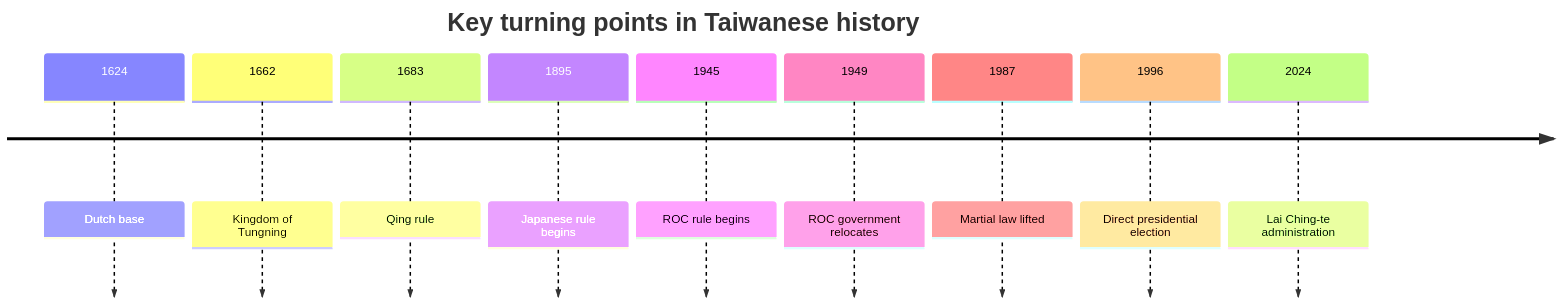
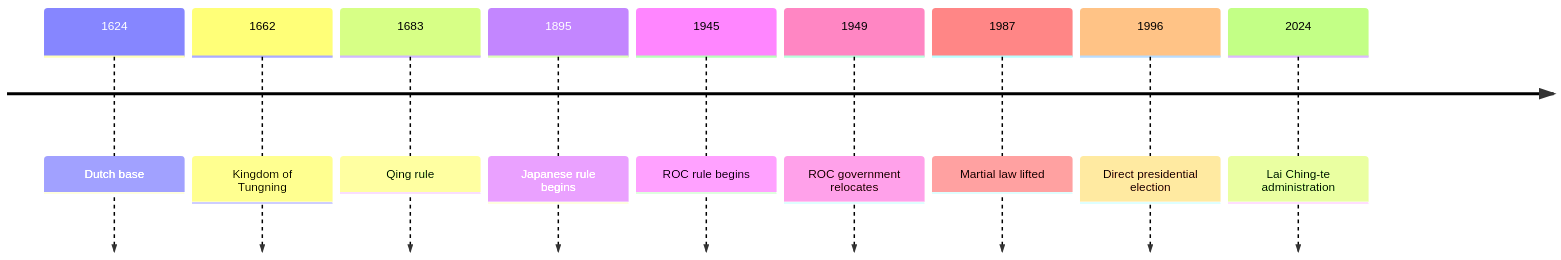
One commit to daylight55/research changed the first of 2 diagrams in articles/report/taiwan-history-cross-strait/en/index.mdx. Above: the diagram before and after it, drawn with Mermaid. The commit also changed other lines of this file and 181 other files, not shown here.

First line of the commit message:
全記事の図解368点を再生成し、共通注意書きを削除 (#402)

````diff
--- a/articles/report/taiwan-history-cross-strait/en/index.mdx
+++ b/articles/report/taiwan-history-cross-strait/en/index.mdx
@@ -28,13 +28,16 @@
 ```mermaid
 timeline
-    title Key turning points in Taiwanese history
+  accTitle: Changes in Taiwan's rule and democratization
+  accDescr: Distinguish changes in governing authority from democratization milestones such as lifting martial law and direct presidential elections.
+  accTitle: Changes in Taiwan's rule and democratization
+  accDescr: Distinguish changes in governing authority from democratization milestones such as lifting martial law and direct presidential elections.
     1624 : Dutch base
     1662 : Kingdom of Tungning
     1683 : Qing rule
     1895 : Japanese rule begins
     1945 : ROC rule begins
     1949 : ROC government relocates
     1987 : Martial law lifted
     1996 : Direct presidential election
     2024 : Lai Ching-te administration
 ```
````
